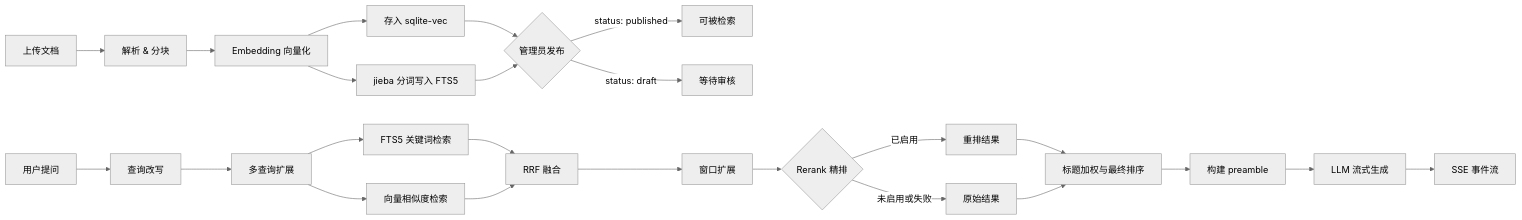
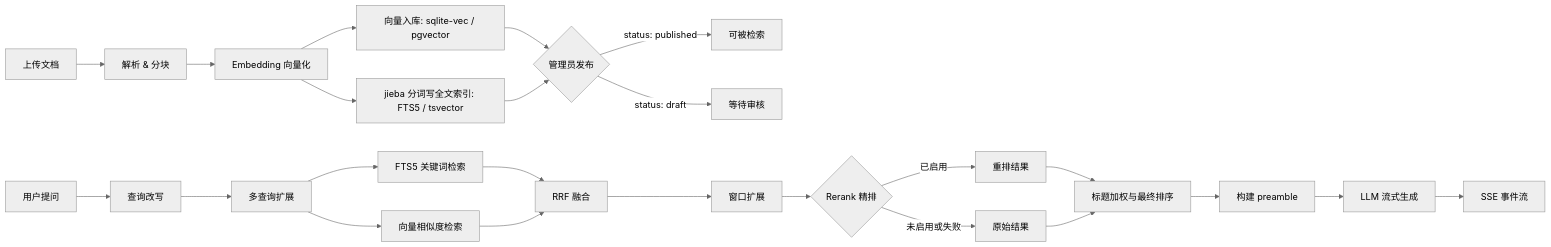
The diagram in docs-web/content/docs/zh/architecture.mdx (timzaak/rwiki), drawn with Mermaid (neutral theme) before and after one commit. The commit also changed other lines of this file and 9 other files, not shown here.

````diff
--- a/docs-web/content/docs/zh/architecture.mdx
+++ b/docs-web/content/docs/zh/architecture.mdx
@@ -22,27 +22,27 @@
 ```mermaid
 flowchart LR
     A[上传文档] --> B[解析 & 分块]
     B --> C[Embedding 向量化]
-    C --> D[存入 sqlite-vec]
-    C --> E[jieba 分词写入 FTS5]
+    C --> D[向量入库: sqlite-vec / pgvector]
+    C --> E[jieba 分词写全文索引: FTS5 / tsvector]
     D --> F{管理员发布}
     E --> F
     F -->|status: published| G[可被检索]
     F -->|status: draft| H[等待审核]
 
     I[用户提问] --> J[查询改写]
     J --> K[多查询扩展]
     K --> L1[FTS5 关键词检索]
     K --> L2[向量相似度检索]
     L1 --> M[RRF 融合]
     L2 --> M
     M --> N[窗口扩展]
     N --> R{Rerank 精排}
     R -->|已启用| S[重排结果]
     R -->|未启用或失败| T[原始结果]
     S --> U[标题加权与最终排序]
     T --> U
     U --> O[构建 preamble]
     O --> P[LLM 流式生成]
     P --> Q[SSE 事件流]
 ```
````
